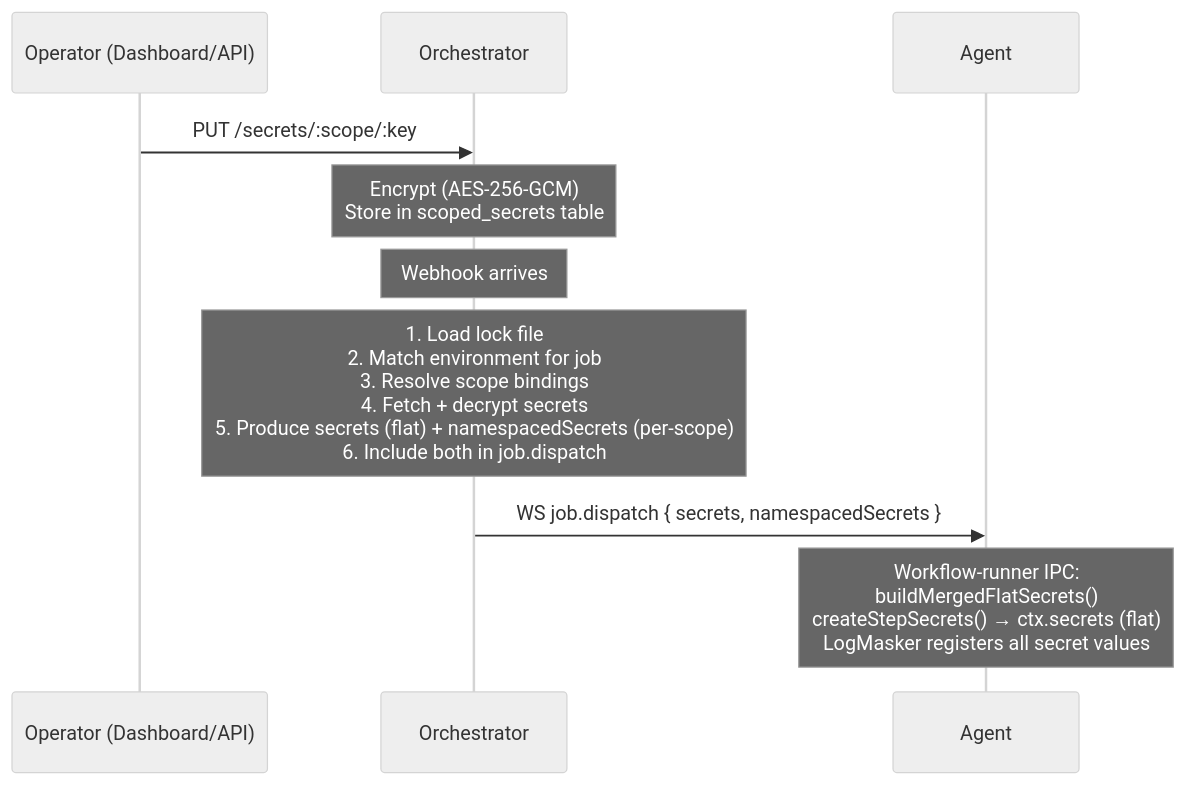
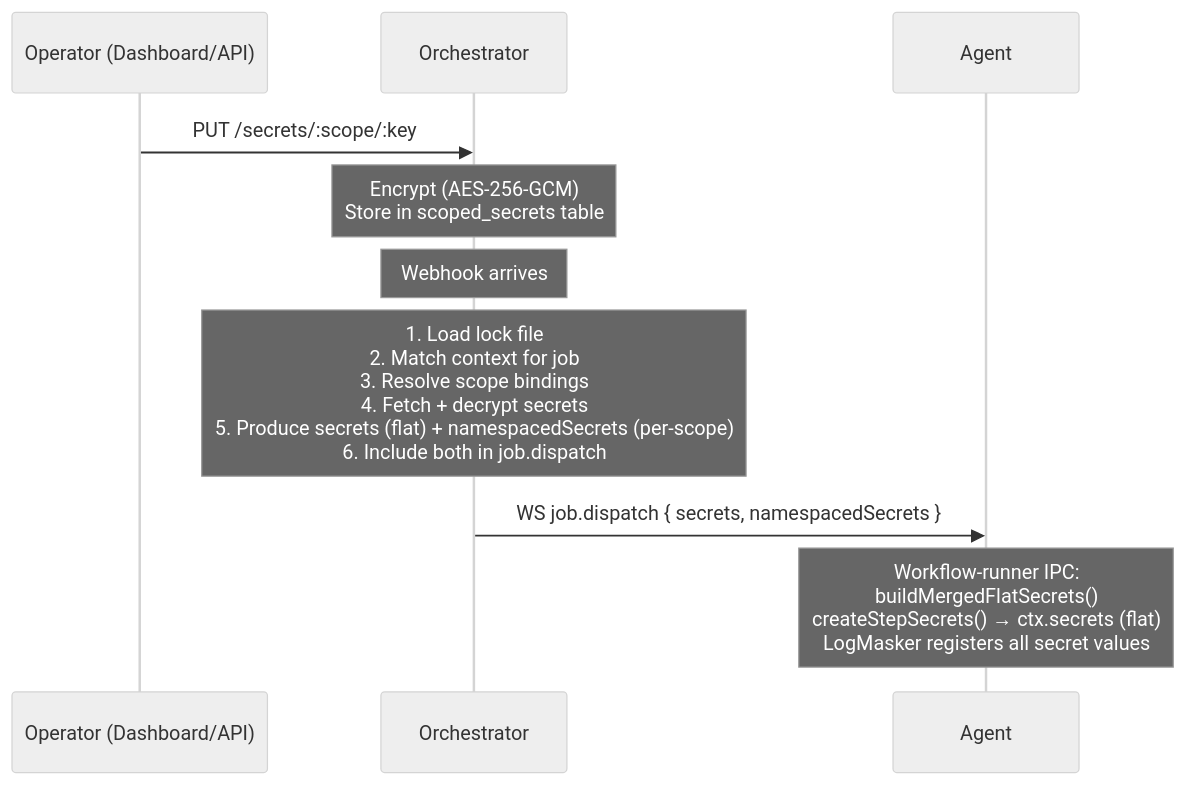
One commit to kici-dev/kici-public changed the diagram in docs/architecture/security/secrets.md. Above: the diagram before and after it, drawn with Mermaid (neutral theme). The commit also changed other lines of this file and 329 other files, not shown here.

````diff
--- a/docs/architecture/security/secrets.md
+++ b/docs/architecture/security/secrets.md
@@ -12,15 +12,15 @@
 ```mermaid
 sequenceDiagram
     participant Operator as Operator (Dashboard/API)
     participant Orchestrator
     participant Agent
 
     Operator->>Orchestrator: PUT /secrets/:scope/:key
     Note over Orchestrator: Encrypt (AES-256-GCM)<br/>Store in scoped_secrets table
 
     Note over Orchestrator: Webhook arrives
-    Note over Orchestrator: 1. Load lock file<br/>2. Match environment for job<br/>3. Resolve scope bindings<br/>4. Fetch + decrypt secrets<br/>5. Produce secrets (flat) + namespacedSecrets (per-scope)<br/>6. Include both in job.dispatch
+    Note over Orchestrator: 1. Load lock file<br/>2. Match context for job<br/>3. Resolve scope bindings<br/>4. Fetch + decrypt secrets<br/>5. Produce secrets (flat) + namespacedSecrets (per-scope)<br/>6. Include both in job.dispatch
 
     Orchestrator->>Agent: WS job.dispatch { secrets, namespacedSecrets }
     Note over Agent: Workflow-runner IPC:<br/>buildMergedFlatSecrets()<br/>createStepSecrets() → ctx.secrets (flat)<br/>LogMasker registers all secret values
 ```
````
